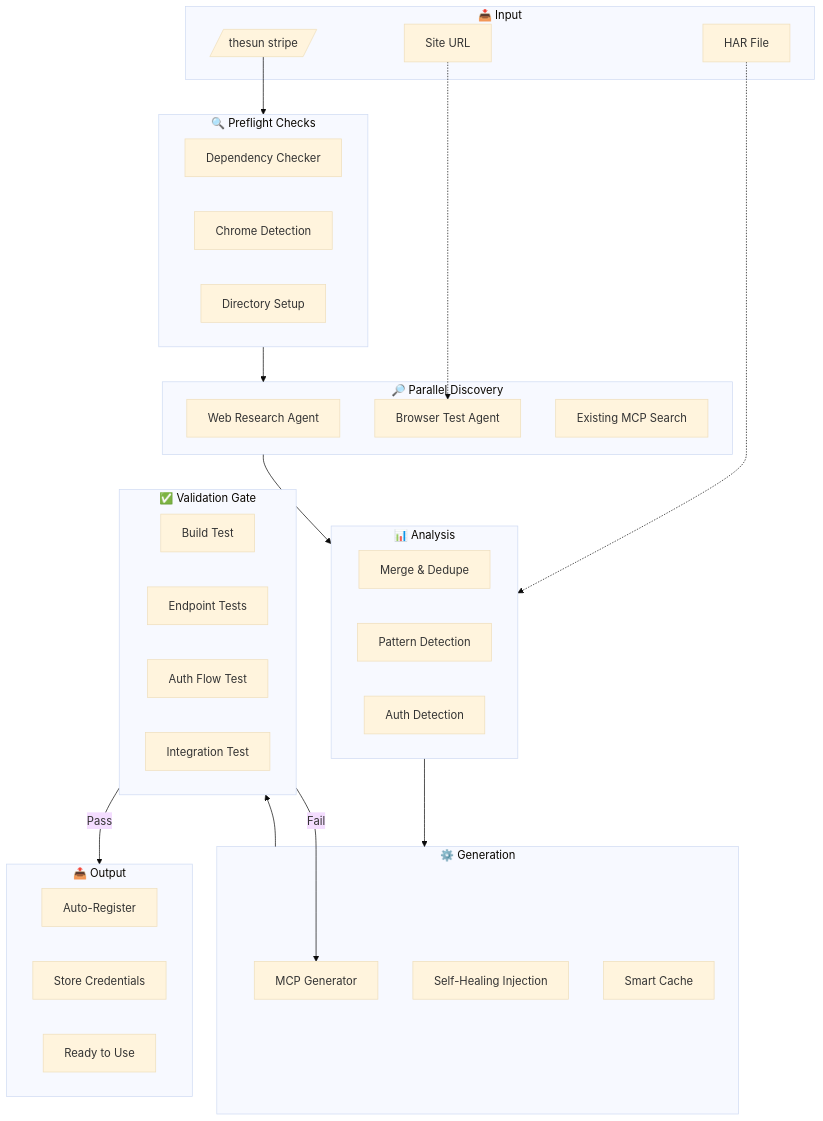
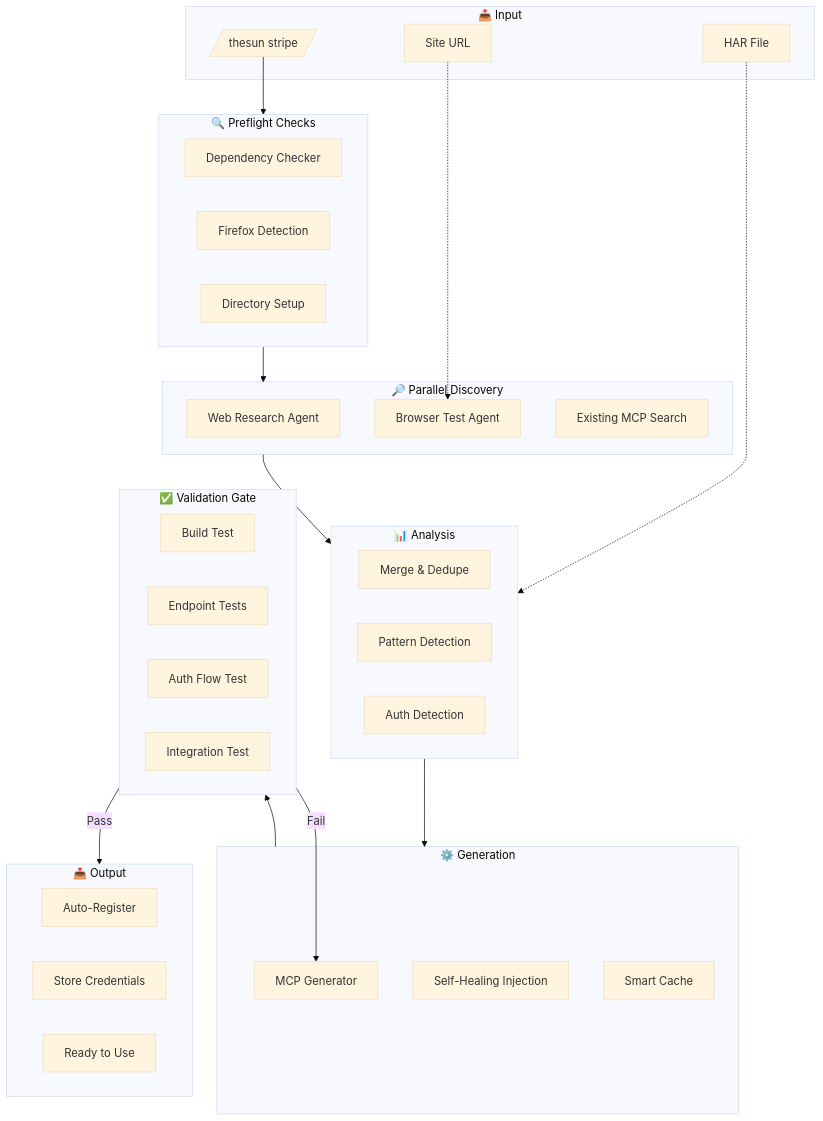
The first of 9 diagrams in README.md (schwarztim/thesun), drawn with Mermaid (base theme) before and after one commit. The commit also changed other lines of this file and 8 other files, not shown here.

First line of the commit message:
feat: migrate from chrome-devtools-mcp to firefox-devtools-mcp

````diff
--- a/README.md
+++ b/README.md
@@ -127,56 +127,56 @@
 ```mermaid
 flowchart TB
     subgraph Input["📥 Input"]
         CMD[/"thesun stripe"/]
         HAR["HAR File"]
         URL["Site URL"]
     end
 
     subgraph Preflight["🔍 Preflight Checks"]
         DEP["Dependency Checker"]
-        CHROME["Chrome Detection"]
+        FIREFOX["Firefox Detection"]
         DIR["Directory Setup"]
     end
 
     subgraph Discovery["🔎 Parallel Discovery"]
         WEB["Web Research Agent"]
         BROWSER["Browser Test Agent"]
         EXISTING["Existing MCP Search"]
     end
 
     subgraph Analysis["📊 Analysis"]
         MERGE["Merge & Dedupe"]
         PATTERN["Pattern Detection"]
         AUTH["Auth Detection"]
     end
 
     subgraph Generation["⚙️ Generation"]
         GEN["MCP Generator"]
         SELFHEAL["Self-Healing Injection"]
         CACHE["Smart Cache"]
     end
 
     subgraph Validation["✅ Validation Gate"]
         BUILD["Build Test"]
         ENDPOINT["Endpoint Tests"]
         AUTHTEST["Auth Flow Test"]
         INTEGRATION["Integration Test"]
     end
 
     subgraph Output["📤 Output"]
         REGISTER["Auto-Register"]
         CREDS["Store Credentials"]
         DONE["Ready to Use"]
     end
 
     CMD --> Preflight
     HAR -.-> Analysis
     URL -.-> BROWSER
 
     Preflight --> Discovery
     Discovery --> Analysis
     Analysis --> Generation
     Generation --> Validation
     Validation -->|Pass| Output
     Validation -->|Fail| GEN
 ```
````
